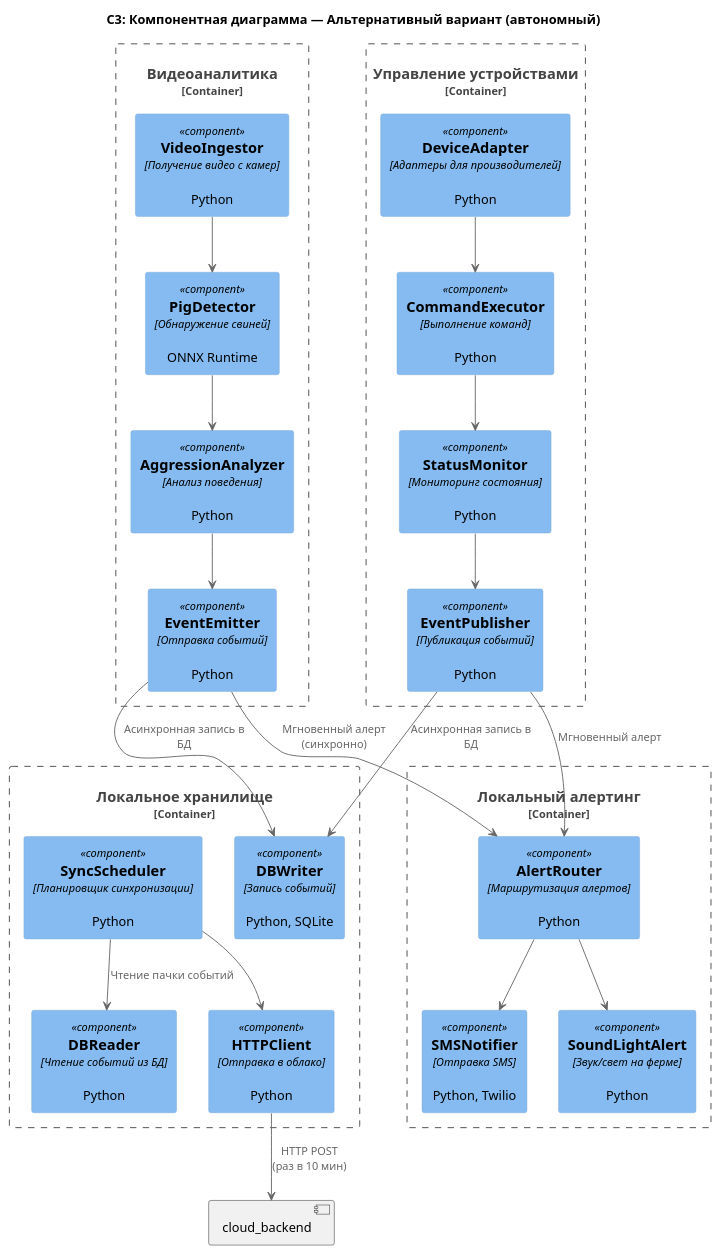
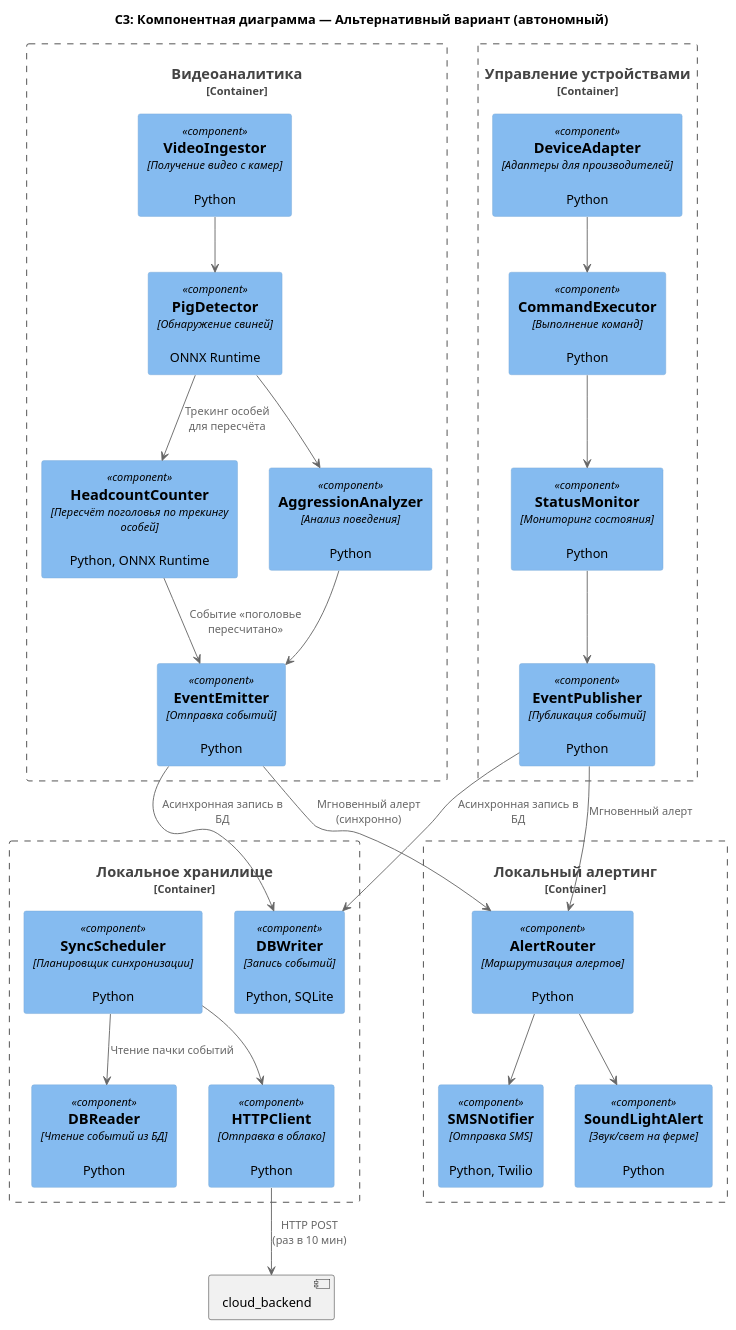
The diagram in Task3/diagrams/component/variant_b.puml (Lexxar91/MSA-AgroTech), drawn with PlantUML before and after one commit. The commit also changed 9 other files, not shown here.

First line of the commit message:
fix(architecture): исправить рассинхрон C1-C4 диаграмм и ADR

```diff
--- a/Task3/diagrams/component/variant_b.puml
+++ b/Task3/diagrams/component/variant_b.puml
@@ -1,56 +1,59 @@
 @startuml
 !include https://raw.githubusercontent.com/plantuml-stdlib/C4-PlantUML/master/C4_Component.puml
 
 title C3: Компонентная диаграмма — Альтернативный вариант (автономный)
 
 Container_Boundary(video_processor, "Видеоаналитика") {
   Component(video_ingestor, "VideoIngestor", "Получение видео с камер", "Python")
   Component(pig_detector, "PigDetector", "Обнаружение свиней", "ONNX Runtime")
+  Component(headcount_counter, "HeadcountCounter", "Пересчёт поголовья по трекингу особей", "Python, ONNX Runtime")
   Component(aggression_analyzer, "AggressionAnalyzer", "Анализ поведения", "Python")
   Component(event_emitter, "EventEmitter", "Отправка событий", "Python")
 }
 
 Container_Boundary(device_control, "Управление устройствами") {
   Component(device_adapter, "DeviceAdapter", "Адаптеры для производителей", "Python")
   Component(command_executor, "CommandExecutor", "Выполнение команд", "Python")
   Component(status_monitor, "StatusMonitor", "Мониторинг состояния", "Python")
   Component(event_publisher, "EventPublisher", "Публикация событий", "Python")
 }
 
 Container_Boundary(local_alerting, "Локальный алертинг") {
   Component(alert_router, "AlertRouter", "Маршрутизация алертов", "Python")
   Component(sms_notifier, "SMSNotifier", "Отправка SMS", "Python, Twilio")
   Component(sound_light, "SoundLightAlert", "Звук/свет на ферме", "Python")
 }
 
 Container_Boundary(local_storage, "Локальное хранилище") {
   Component(db_writer, "DBWriter", "Запись событий", "Python, SQLite")
   Component(db_reader, "DBReader", "Чтение событий из БД", "Python")
   Component(sync_scheduler, "SyncScheduler", "Планировщик синхронизации", "Python")
   Component(http_client, "HTTPClient", "Отправка в облако", "Python")
 }
 
 ' Внутренние связи
 video_ingestor --> pig_detector
 pig_detector --> aggression_analyzer
+pig_detector --> headcount_counter : Трекинг особей\nдля пересчёта
 aggression_analyzer --> event_emitter
+headcount_counter --> event_emitter : Событие «поголовье пересчитано»
 
 ' Мгновенный алерт напрямую, запись в БД — асинхронно
 event_emitter --> alert_router : Мгновенный алерт (синхронно)
 event_emitter --> db_writer : Асинхронная запись в БД
 
 device_adapter --> command_executor
 command_executor --> status_monitor
 status_monitor --> event_publisher
 
 event_publisher --> alert_router : Мгновенный алерт
 event_publisher --> db_writer : Асинхронная запись в БД
 
 alert_router --> sms_notifier
 alert_router --> sound_light
 
 sync_scheduler --> db_reader : Чтение пачки событий
 sync_scheduler --> http_client
 http_client --> [cloud_backend] : HTTP POST\n(раз в 10 мин)
 
 @enduml
```
